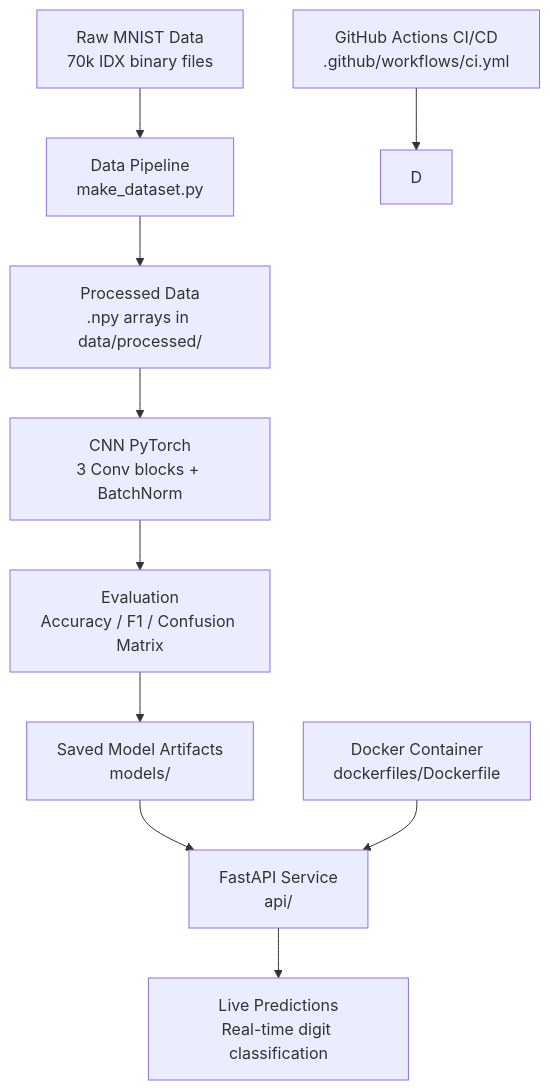
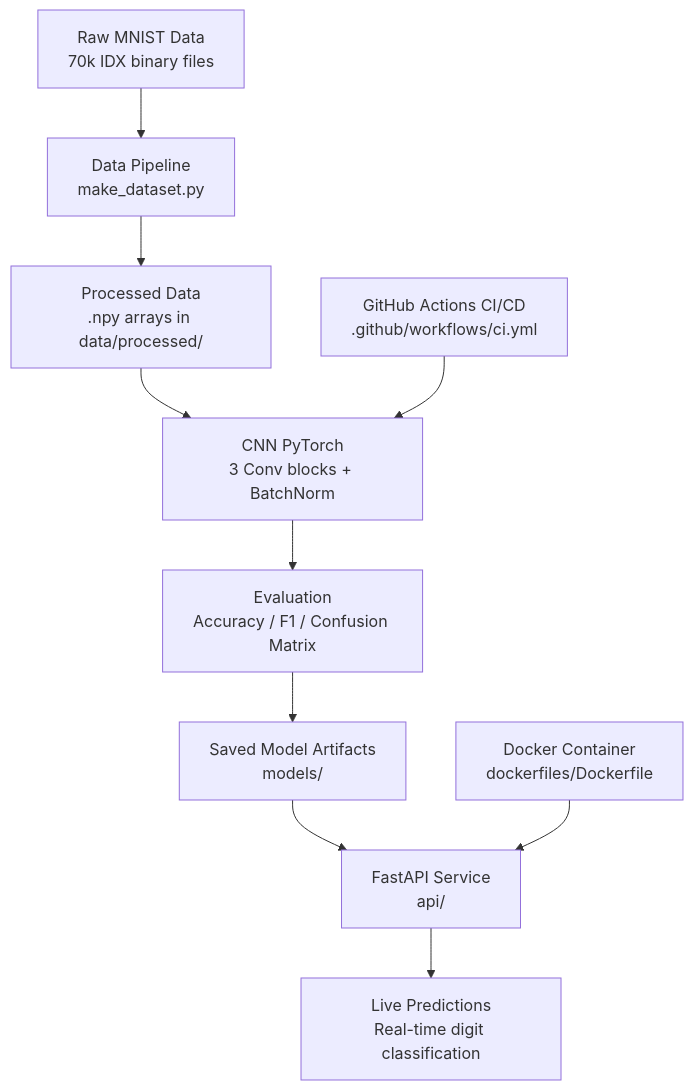
The diagram in README.md (cai-squared/s4p_mnist), drawn with Mermaid before and after one commit.

Commit message:
adjusting diagram

````diff
--- a/README.md
+++ b/README.md
@@ -34,12 +34,12 @@
 ```mermaid
 flowchart TD
     A[Raw MNIST Data\n70k IDX binary files] --> B[Data Pipeline\nmake_dataset.py]
     B --> C[Processed Data\n.npy arrays in data/processed/]
     C --> E6[CNN PyTorch\n3 Conv blocks + BatchNorm]
     E6 --> F[Evaluation\nAccuracy / F1 / Confusion Matrix]
     F --> G[Saved Model Artifacts\nmodels/]
     G --> H[FastAPI Service\napi/]
     H --> I[Live Predictions\nReal-time digit classification]
-    J[GitHub Actions CI/CD\n.github/workflows/ci.yml] --> D
+    J[GitHub Actions CI/CD\n.github/workflows/ci.yml] --> E6
     K[Docker Container\ndockerfiles/Dockerfile] --> H
 ```
````
